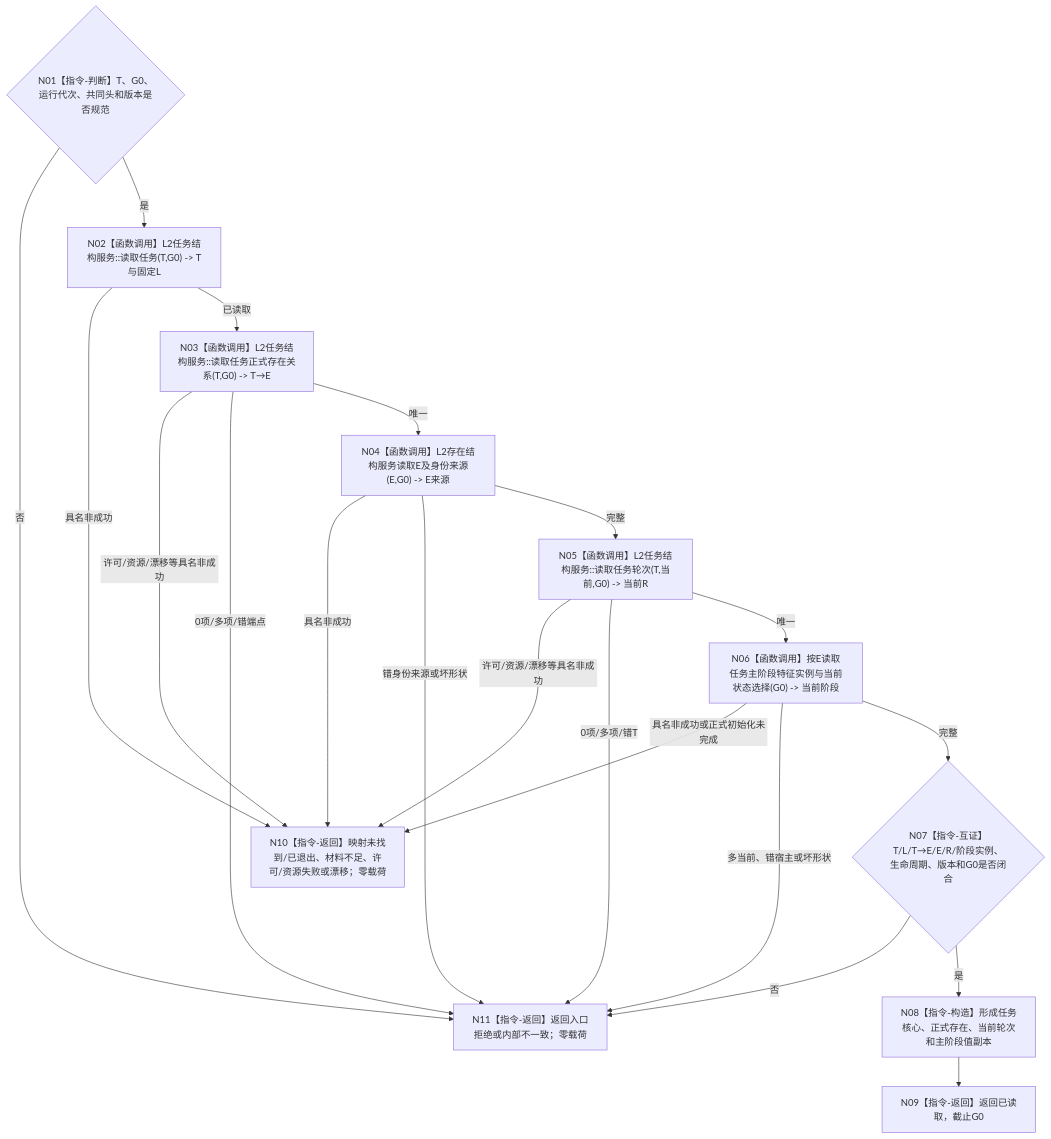
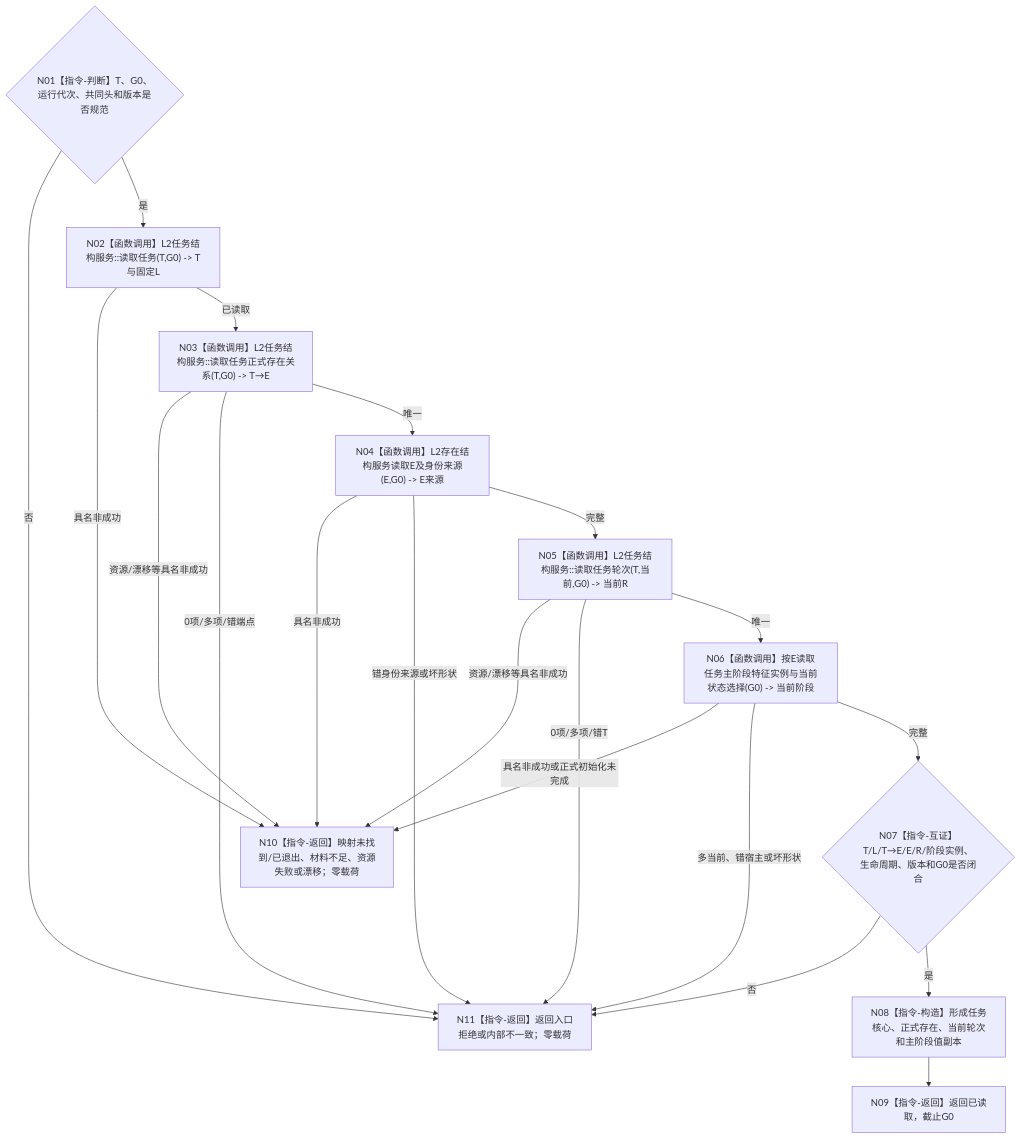
The diagram in 流程图/目标业务流程图/L4/BIZ-L4-004-11-01-01_读取任务核心正式存在当前轮次与主阶段_目标函数流程图_v0.2.md (chunhaizh-cyber/HY-Ego), drawn with Mermaid before and after one commit. The commit also changed other lines of this file and 14 other files, not shown here.

````diff
--- a/流程图/目标业务流程图/L4/BIZ-L4-004-11-01-01_读取任务核心正式存在当前轮次与主阶段_目标函数流程图_v0.2.md
+++ b/流程图/目标业务流程图/L4/BIZ-L4-004-11-01-01_读取任务核心正式存在当前轮次与主阶段_目标函数流程图_v0.2.md
@@ -33,33 +33,33 @@
 ```mermaid
 flowchart TD
     N01{"N01【指令-判断】T、G0、运行代次、共同头和版本是否规范"}
     N02["N02【函数调用】L2任务结构服务::读取任务(T,G0) -> T与固定L"]
     N03["N03【函数调用】L2任务结构服务::读取任务正式存在关系(T,G0) -> T→E"]
     N04["N04【函数调用】L2存在结构服务读取E及身份来源(E,G0) -> E来源"]
     N05["N05【函数调用】L2任务结构服务::读取任务轮次(T,当前,G0) -> 当前R"]
     N06["N06【函数调用】按E读取任务主阶段特征实例与当前状态选择(G0) -> 当前阶段"]
     N07{"N07【指令-互证】T/L/T→E/E/R/阶段实例、生命周期、版本和G0是否闭合"}
     N08["N08【指令-构造】形成任务核心、正式存在、当前轮次和主阶段值副本"]
     N09["N09【指令-返回】返回已读取，截止G0"]
-    N10["N10【指令-返回】映射未找到/已退出、材料不足、许可/资源失败或漂移；零载荷"]
+    N10["N10【指令-返回】映射未找到/已退出、材料不足、资源失败或漂移；零载荷"]
     N11["N11【指令-返回】返回入口拒绝或内部不一致；零载荷"]
 
     N01 -->|否| N11
     N01 -->|是| N02
     N02 -->|具名非成功| N10
     N02 -->|已读取| N03
-    N03 -->|许可/资源/漂移等具名非成功| N10
+    N03 -->|资源/漂移等具名非成功| N10
     N03 -->|0项/多项/错端点| N11
     N03 -->|唯一| N04
     N04 -->|具名非成功| N10
     N04 -->|错身份来源或坏形状| N11
     N04 -->|完整| N05
-    N05 -->|许可/资源/漂移等具名非成功| N10
+    N05 -->|资源/漂移等具名非成功| N10
     N05 -->|0项/多项/错T| N11
     N05 -->|唯一| N06
     N06 -->|具名非成功或正式初始化未完成| N10
     N06 -->|多当前、错宿主或坏形状| N11
     N06 -->|完整| N07
     N07 -->|否| N11
     N07 -->|是| N08 --> N09
 ```
````
